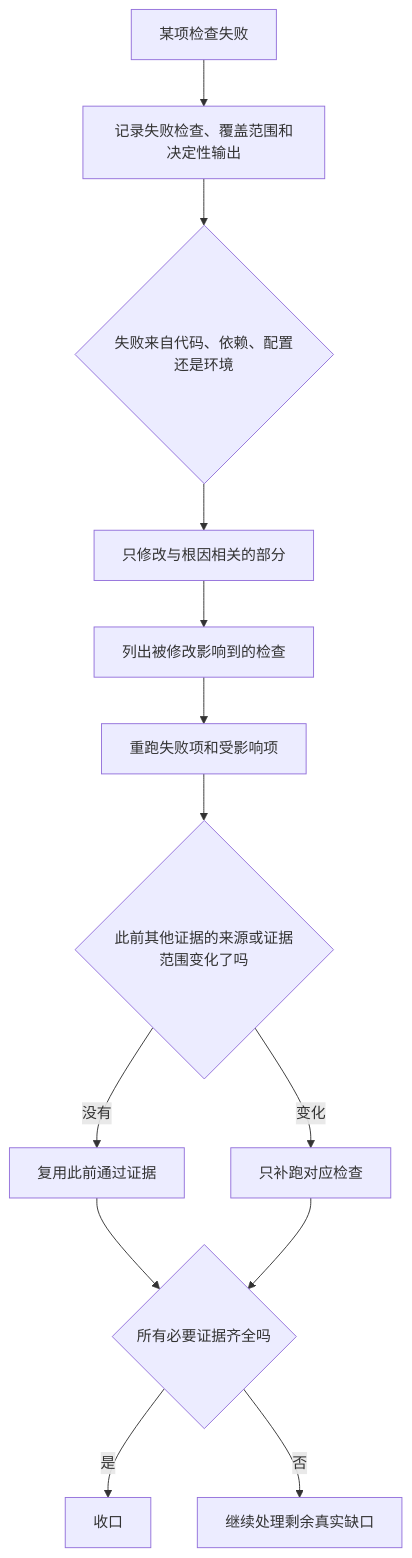
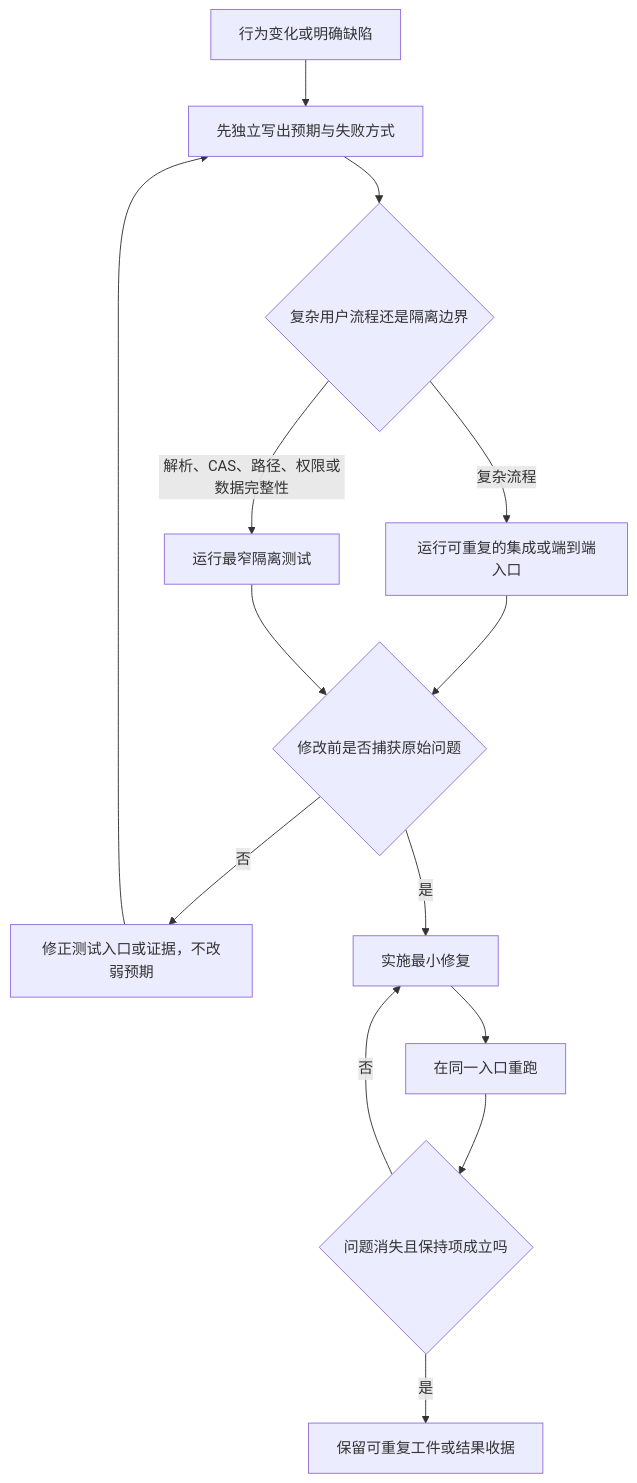
Before and after one commit to Lang45/codex-lean-stack: the tenth of 17 diagrams in skills/lean-stack/references/flowcharts-zh.md, drawn with Mermaid. The commit also changed other lines of this file and 26 other files, not shown here.

````diff
--- a/skills/lean-stack/references/flowcharts-zh.md
+++ b/skills/lean-stack/references/flowcharts-zh.md
@@ -567,15 +211,16 @@
 ```mermaid
 flowchart TD
-    A[某项检查失败] --> B[记录失败检查、覆盖范围和决定性输出]
-    B --> C{失败来自代码、依赖、配置还是环境}
-    C --> D[只修改与根因相关的部分]
-    D --> E[列出被修改影响到的检查]
-    E --> F[重跑失败项和受影响项]
-    F --> G{此前其他证据的来源或证据范围变化了吗}
-    G -->|没有| H[复用此前通过证据]
-    G -->|变化| I[只补跑对应检查]
-    H --> J{所有必要证据齐全吗}
-    I --> J
-    J -->|是| K[收口]
-    J -->|否| L[继续处理剩余真实缺口]
+    A[行为变化或明确缺陷] --> B[先独立写出预期与失败方式]
+    B --> C{复杂用户流程还是隔离边界}
+    C -->|复杂流程| D[运行可重复的集成或端到端入口]
+    C -->|解析、CAS、路径、权限或数据完整性| E[运行最窄隔离测试]
+    D --> F{修改前是否捕获原始问题}
+    E --> F
+    F -->|否| G[修正测试入口或证据，不改弱预期]
+    F -->|是| H[实施最小修复]
+    G --> B
+    H --> I[在同一入口重跑]
+    I --> J{问题消失且保持项成立吗}
+    J -->|否| H
+    J -->|是| K[保留可重复工件或结果收据]
 ```
````
